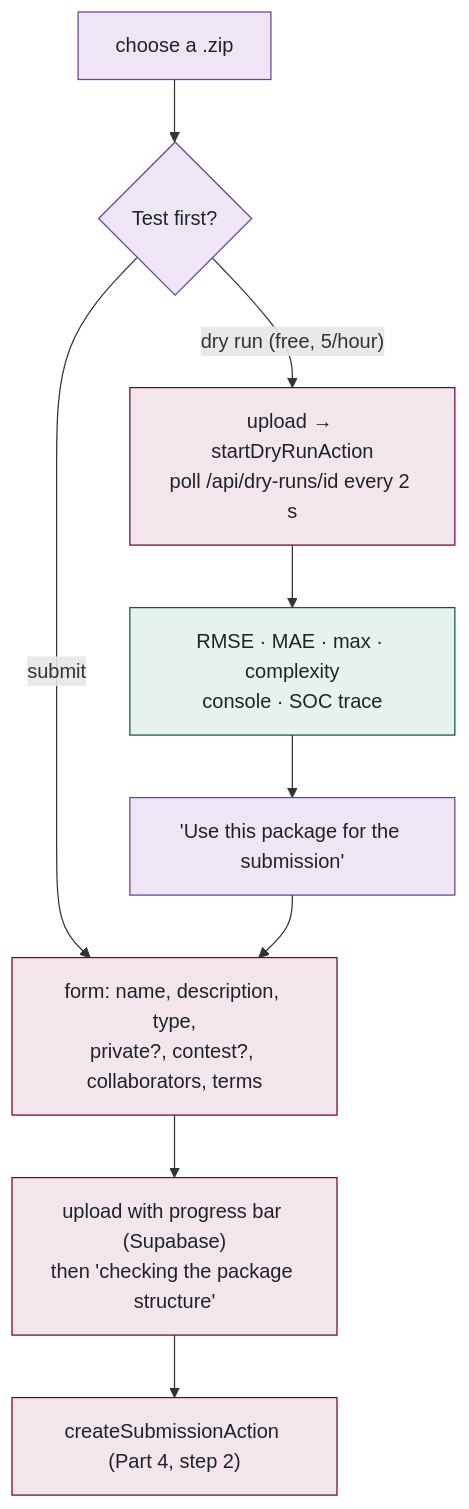
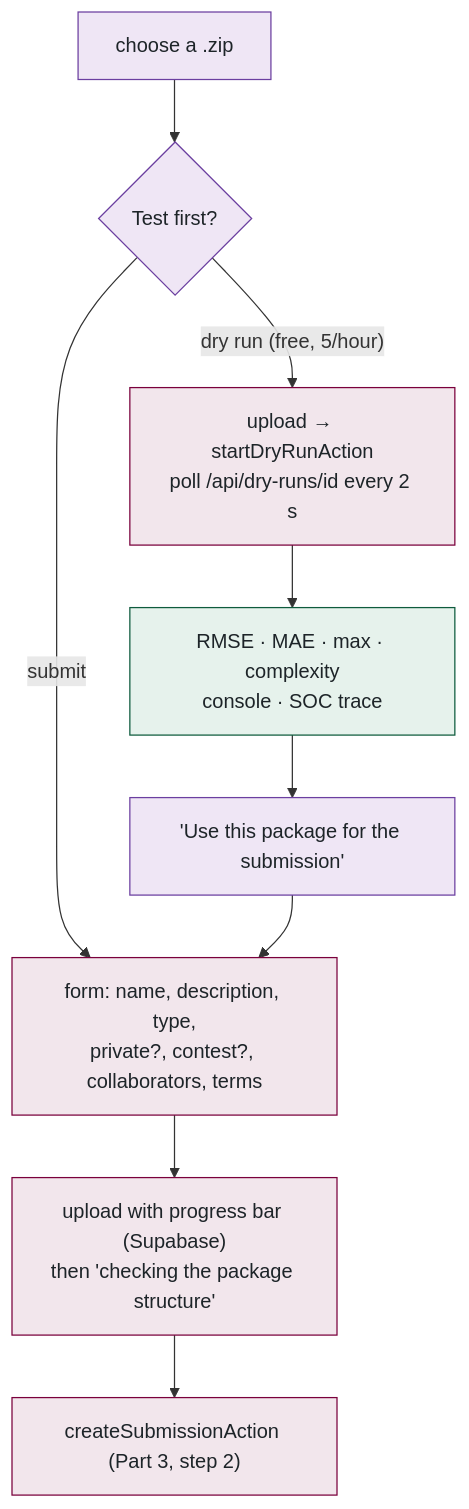
Before and after one commit to McMaster-Battery-Research-Group/battery-soc-benchmark: diagram 37 of 60 in docs/walkthrough/ALL-IN-ONE.md, drawn with Mermaid. The commit also changed other lines of this file and 18 other files, not shown here.

````diff
--- a/docs/walkthrough/ALL-IN-ONE.md
+++ b/docs/walkthrough/ALL-IN-ONE.md
@@ -1235,17 +1123,17 @@
 ```mermaid
 flowchart TB
     A["choose a .zip"] --> B{"Test first?"}
     B -- "dry run (free, 5/hour)" --> C["upload → startDryRunAction<br/>poll /api/dry-runs/id every 2 s"]
     C --> D["RMSE · MAE · max · complexity<br/>console · SOC trace"]
     D --> E["'Use this package for the submission'"]
     B -- submit --> F["form: name, description, type,<br/>private?, contest?, collaborators, terms"]
     E --> F
     F --> G["upload with progress bar (Supabase)<br/>then 'checking the package structure'"]
-    G --> H["createSubmissionAction (Part 4, step 2)"]
+    G --> H["createSubmissionAction (Part 3, step 2)"]
     classDef person fill:#EFE6F5,stroke:#6B3FA0,color:#1d2428
     classDef web fill:#F2E6EC,stroke:#7A003C,color:#1d2428
     classDef good fill:#E6F2EC,stroke:#0E5B3D,color:#1d2428
     class A,B,E person
     class C,F,G,H web
     class D good
 ```
````
